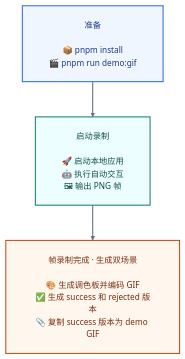
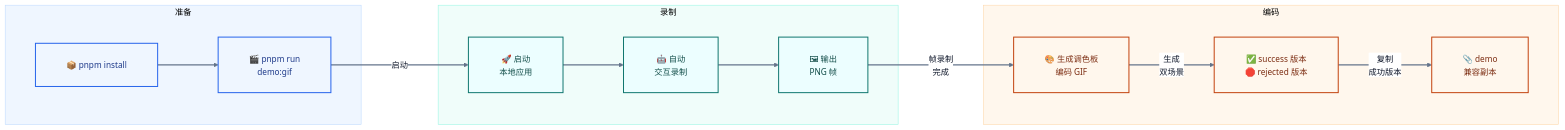
Before and after one commit to sunshineluyao/Moss-Mcp-Transaction: the sixth of 8 diagrams in README.md, drawn with Mermaid. The commit also changed other lines of this file, not shown here.

First line of the commit message:
Revert "Merge pull request #7 from sunshineluyao/codex/fix-text-visibility-in-mermaid-diagrams"

````diff
--- a/README.md
+++ b/README.md
@@ -522,17 +583,33 @@
 ```mermaid
-%%{init: {'theme':'base','flowchart': {'htmlLabels': true, 'nodeSpacing': 48, 'rankSpacing': 64, 'curve': 'linear', 'padding': 24, 'diagramPadding': 16, 'wrappingWidth': 220},'themeVariables': {'fontFamily':'Inter, Segoe UI, sans-serif','fontSize':'15px','primaryTextColor':'#0f172a','lineColor':'#64748b','clusterBkg':'#f8fafc','clusterBorder':'#cbd5e1','edgeLabelBackground':'#ffffff','primaryBorderColor':'#2563eb','primaryColor':'#eff6ff'}}}%%
-flowchart TB
-  Prepare["准备<br/><br/>📦 pnpm install<br/>🎬 pnpm run demo:gif"]
-  Capture["启动录制<br/><br/>🚀 启动本地应用<br/>🤖 执行自动交互<br/>🖼 输出 PNG 帧"]
-  Encode["帧录制完成 · 生成双场景<br/><br/>🎨 生成调色板并编码 GIF<br/>✅ 生成 success 和 rejected 版本<br/>📎 复制 success 版本为 demo GIF"]
+%%{init: {'theme':'base','flowchart': {'htmlLabels': true, 'nodeSpacing': 96, 'rankSpacing': 110, 'curve': 'basis', 'padding': 28, 'diagramPadding': 24, 'wrappingWidth': 260},'themeVariables': {'fontFamily':'Inter, Segoe UI, sans-serif','fontSize':'15px','primaryTextColor':'#0f172a','lineColor':'#64748b','clusterBkg':'#f8fafc','clusterBorder':'#cbd5e1','edgeLabelBackground':'#ffffff','primaryBorderColor':'#2563eb','primaryColor':'#eff6ff'}}}%%
+flowchart LR
+  subgraph P1[准备]
+    A["📦 pnpm install"] --> B["🎬 pnpm run<br/>demo:gif"]
+  end
 
-  Prepare --> Capture --> Encode
+  subgraph P2[录制]
+    C["🚀 启动<br/>本地应用"] --> D["🤖 自动<br/>交互录制"]
+    D --> E["🖼 输出<br/>PNG 帧"]
+  end
+
+  subgraph P3[编码]
+    F["🎨 生成调色板<br/>编码 GIF"]
+    G["✅ success 版本<br/>🛑 rejected 版本"]
+    H["📎 demo<br/>兼容副本"]
+  end
+
+  B -->|启动| C
+  E -->|帧录制<br/>完成| F -->|生成<br/>双场景| G -->|复制<br/>成功版本| H
 
   classDef prep fill:#eff6ff,stroke:#2563eb,stroke-width:1.8px,color:#1e3a8a;
   classDef capture fill:#ecfeff,stroke:#0f766e,stroke-width:1.8px,color:#134e4a;
   classDef encode fill:#fff7ed,stroke:#c2410c,stroke-width:1.8px,color:#7c2d12;
-  class Prepare prep;
-  class Capture capture;
-  class Encode encode;
+
+  class A,B prep;
+  class C,D,E capture;
+  class F,G,H encode;
+  style P1 fill:#eff6ff,stroke:#bfdbfe,stroke-width:1px
+  style P2 fill:#f0fdfa,stroke:#99f6e4,stroke-width:1px
+  style P3 fill:#fff7ed,stroke:#fed7aa,stroke-width:1px
   linkStyle default stroke:#64748b,stroke-width:2px;
 ```
````
